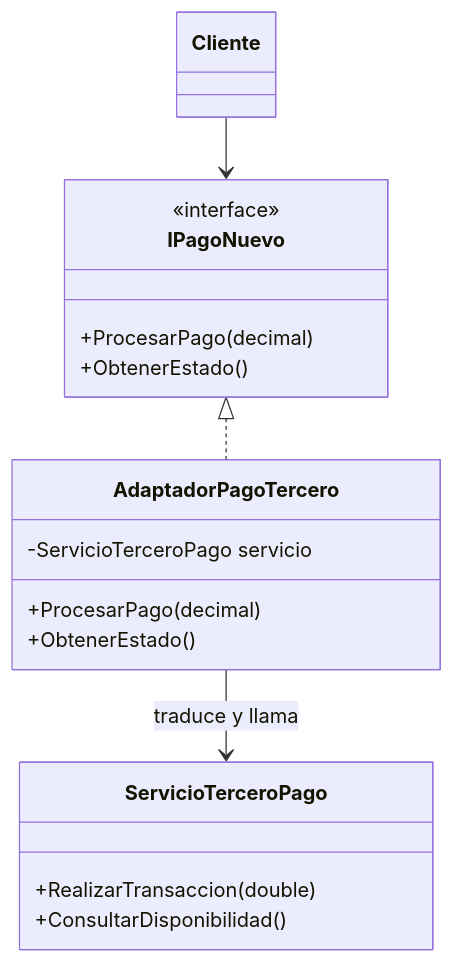
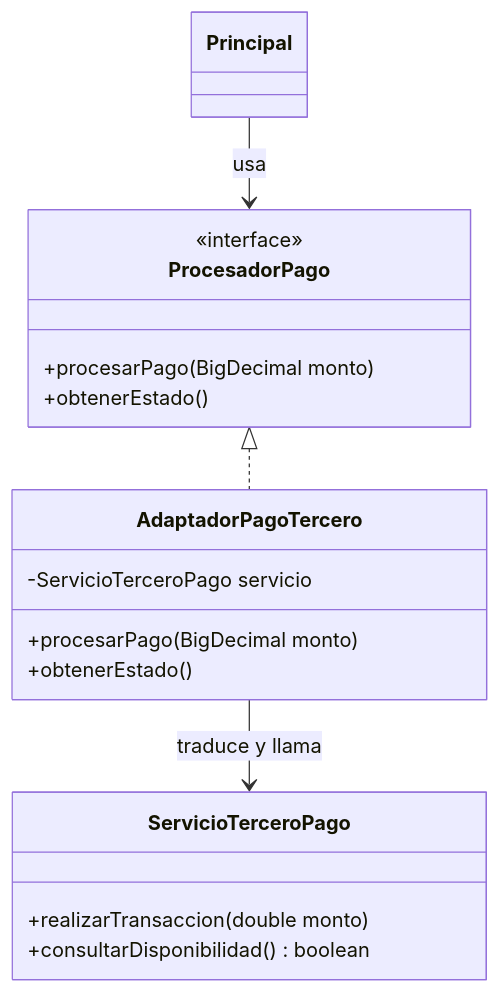
One commit to carevalomx69/DesignPatterns changed the diagram in 04 - Adapter/README.md. Above: the diagram before and after it, drawn with Mermaid. The commit also changed other lines of this file and 7 other files, not shown here.

````diff
--- a/04 - Adapter/README.md
+++ b/04 - Adapter/README.md
@@ -19,21 +32,21 @@
 ```mermaid
 classDiagram
-    class IPagoNuevo {
+    class ProcesadorPago {
         <<interface>>
-        +ProcesarPago(decimal)
-        +ObtenerEstado()
+        +procesarPago(BigDecimal monto)
+        +obtenerEstado()
     }
     class ServicioTerceroPago {
-        +RealizarTransaccion(double)
-        +ConsultarDisponibilidad()
+        +realizarTransaccion(double monto)
+        +consultarDisponibilidad() boolean
     }
     class AdaptadorPagoTercero {
         -ServicioTerceroPago servicio
-        +ProcesarPago(decimal)
-        +ObtenerEstado()
+        +procesarPago(BigDecimal monto)
+        +obtenerEstado()
     }
-    class Cliente
-    IPagoNuevo <|.. AdaptadorPagoTercero
+    class Principal
+    ProcesadorPago <|.. AdaptadorPagoTercero
     AdaptadorPagoTercero --> ServicioTerceroPago : traduce y llama
-    Cliente --> IPagoNuevo
+    Principal --> ProcesadorPago : usa
 ```
````
